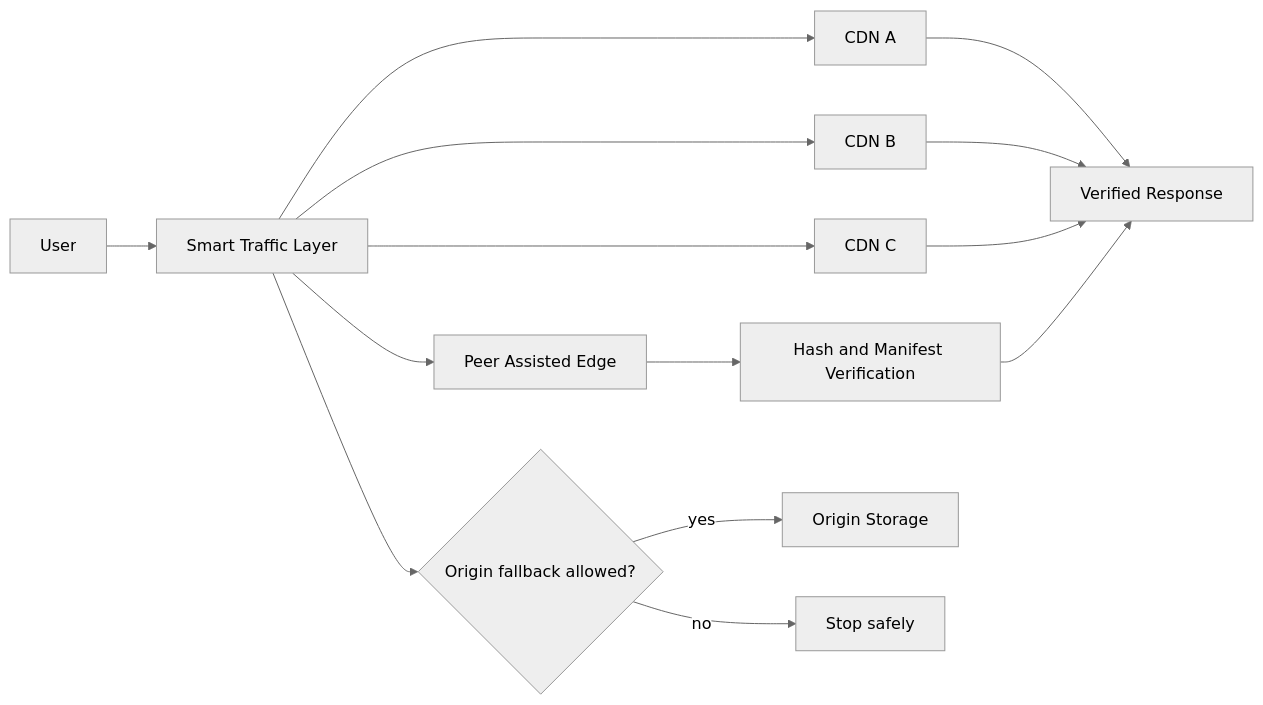
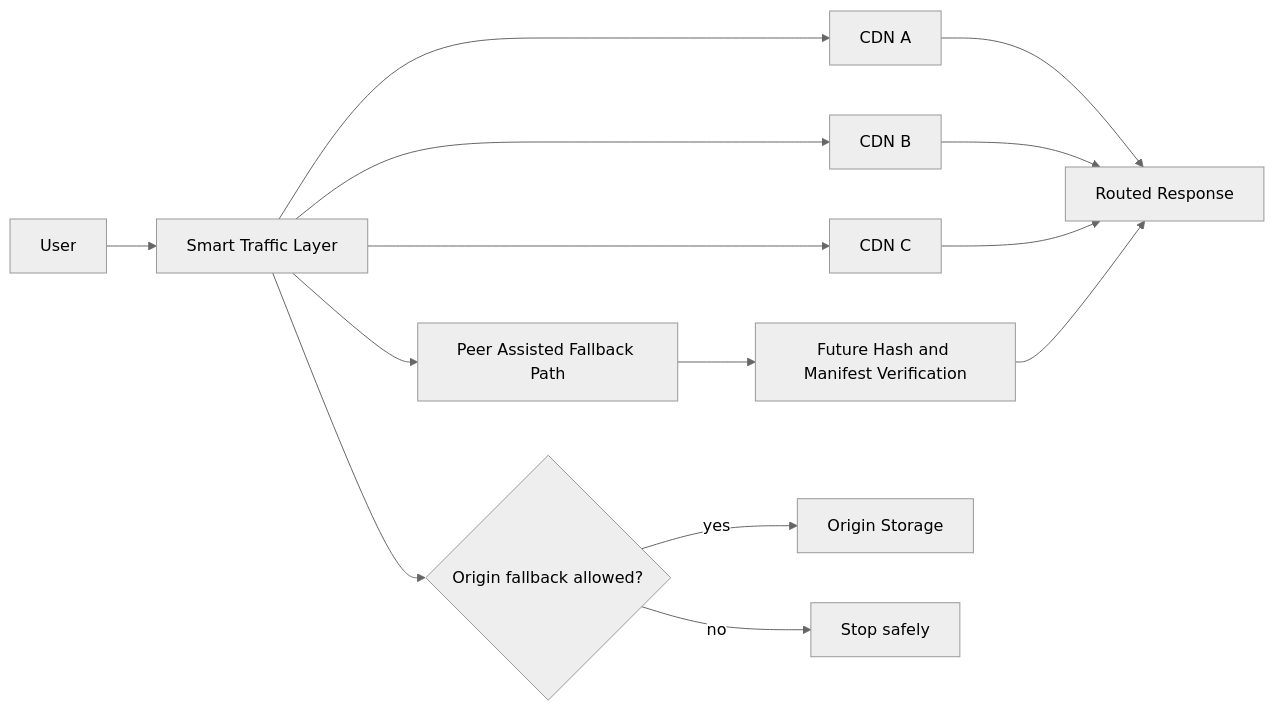
The first of 2 diagrams in README.md (DeerSpotter/after-cloudflare), drawn with Mermaid (neutral theme) before and after one commit. The commit also changed other lines of this file, not shown here.

````diff
--- a/README.md
+++ b/README.md
@@ -62,16 +84,16 @@
 ```mermaid
 flowchart LR
     U[User] --> STL[Smart Traffic Layer]
     STL --> A[CDN A]
     STL --> B[CDN B]
     STL --> C[CDN C]
-    STL --> P[Peer Assisted Edge]
-    A --> D[Verified Response]
+    STL --> P[Peer Assisted Fallback Path]
+    A --> D[Routed Response]
     B --> D
     C --> D
-    P --> V[Hash and Manifest Verification]
+    P --> V[Future Hash and Manifest Verification]
     V --> D
     STL --> O{Origin fallback allowed?}
     O -->|yes| OS[Origin Storage]
     O -->|no| S[Stop safely]
 ```
````
